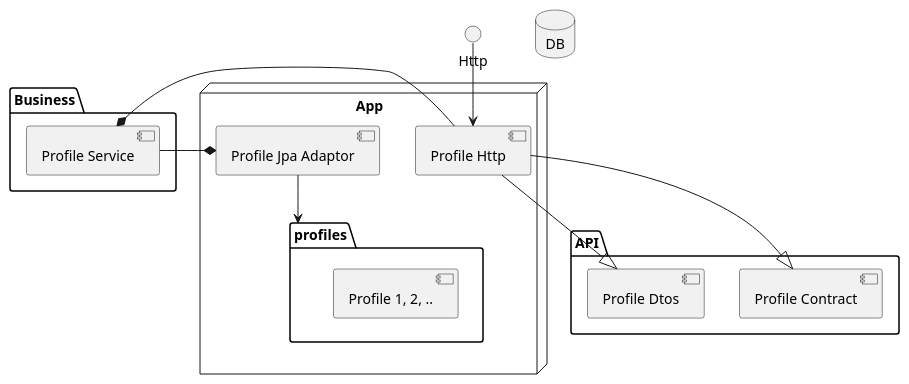
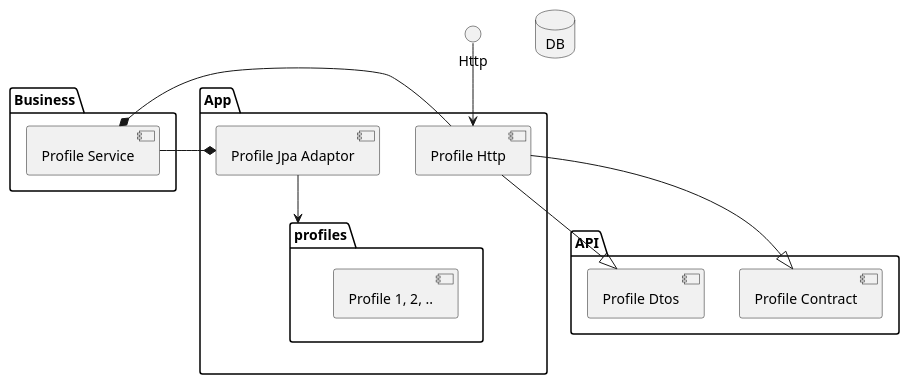
One commit to ascalon54num/hexagonal-architecture changed the diagram in Components.puml. Above: the diagram before and after it, drawn with PlantUML.

Commit message:
App is a package now

```diff
--- a/Components.puml
+++ b/Components.puml
@@ -1,32 +1,32 @@
 @startuml
 'https://plantuml.com/component-diagram
 
 package "API" {
   [Profile Contract]
   [Profile Dtos]
 }
 
 package "Business" {
   [Profile Service]
 }
 
-node "App" {
+package "App" {
   [Profile Http] --* [Profile Service]
 
   [Profile Http] --|> [Profile Contract]
   [Profile Http] --|> [Profile Dtos]
 
   [Profile Jpa Adaptor] --> profiles
 
   [Profile Service] -* [Profile Jpa Adaptor]
 }
 
 database "DB" {
   folder "Profile table" as profiles {
     [Profile 1, 2, ..]
   }
 }
 
 Http -down-> [Profile Http]
 
 @enduml
```
